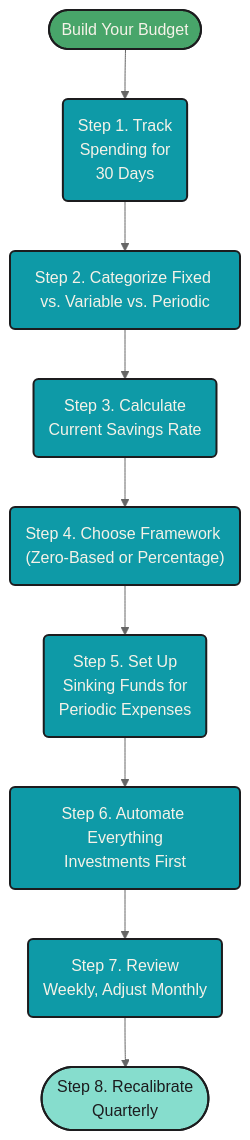
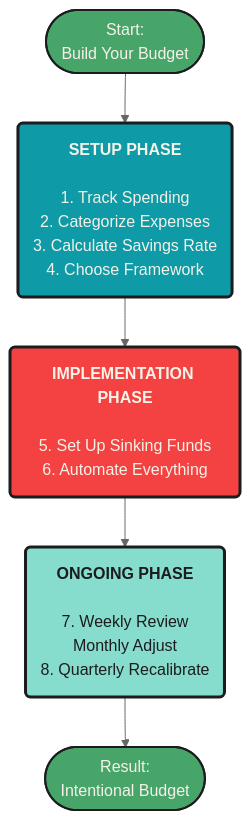
The fourth of 4 diagrams in budgeting.qmd (mjfrigaard/fm-finance), drawn with Mermaid before and after one commit. The commit also changed other lines of this file and 4 other files, not shown here.

````diff
--- a/budgeting.qmd
+++ b/budgeting.qmd
@@ -758,24 +780,20 @@
 ```{mermaid}
-%%| fig-cap: 'Put It All Together'
+%%| fig-cap: 'Build Your Budget: Three Phases'
 %%| fig-align: center
-%%{init: {'theme': 'neutral', 'themeVariables': { 'fontFamily': 'monospace', "fontSize":"16px"}}}%%
+%%{init: {'theme': 'neutral', 'themeVariables': { 'fontFamily': 'monospace', "fontSize":"16px", 'primaryColor':'#0e9aa7', 'primaryBorderColor':'#1C1C1E', 'secondBkgColor':'#f44242', 'tertiaryColor':'#48a56a'}}}%%
 
 flowchart TD
-    Start(["Build Your Budget"]) --> Step1("Step 1. Track<br>Spending for<br>30 Days")
-    Step1 --> Step2("Step 2. Categorize Fixed vs. Variable vs. Periodic")
-    Step2 --> Step3("Step 3. Calculate<br>Current Savings Rate")
-    Step3 --> Step4("Step 4. Choose Framework (Zero-Based or Percentage)")
-    Step4 --> Step5("Step 5. Set Up<br>Sinking Funds for<br>Periodic Expenses")
-    Step5 --> Step6("Step 6. Automate Everything<br>Investments First")
-    Step6 --> Step7("Step 7. Review<br>Weekly, Adjust Monthly")
-    Step7 --> Step8(["Step 8. Recalibrate<br>Quarterly"])
+    Start(["Start:<br>Build Your Budget"]) --> S1("<b>SETUP PHASE</b><br><br>1. Track Spending<br>2. Categorize Expenses<br>3. Calculate Savings Rate<br>4. Choose Framework")
+
+    S1 --> I1("<b>IMPLEMENTATION PHASE</b><br><br>5. Set Up Sinking Funds<br>6. Automate Everything")
+
+    I1 --> O1("<b>ONGOING PHASE</b><br><br>7. Weekly Review<br>Monthly Adjust<br>8. Quarterly Recalibrate")
+
+    O1 --> End(["Result:<br>Intentional Budget"])
+
     style Start fill:#48a56a,color:#F5F2E8,stroke:#1C1C1E,stroke-width:2px
-    style Step1 fill:#0e9aa7,color:#F5F2E8,stroke:#1C1C1E,stroke-width:2px
-    style Step2 fill:#0e9aa7,color:#F5F2E8,stroke:#1C1C1E,stroke-width:2px
-    style Step3 fill:#0e9aa7,color:#F5F2E8,stroke:#1C1C1E,stroke-width:2px
-    style Step4 fill:#0e9aa7,color:#F5F2E8,stroke:#1C1C1E,stroke-width:2px
-    style Step5 fill:#0e9aa7,color:#F5F2E8,stroke:#1C1C1E,stroke-width:2px
-    style Step6 fill:#0e9aa7,color:#F5F2E8,stroke:#1C1C1E,stroke-width:2px
-    style Step7 fill:#0e9aa7,color:#F5F2E8,stroke:#1C1C1E,stroke-width:2px
-    style Step8 fill:#86ddcd,color:#1C1C1E,stroke:#1C1C1E,stroke-width:2px
+    style S1 fill:#0e9aa7,color:#F5F2E8,stroke:#1C1C1E,stroke-width:3px
+    style I1 fill:#f44242,color:#F5F2E8,stroke:#1C1C1E,stroke-width:3px
+    style O1 fill:#86ddcd,color:#1C1C1E,stroke:#1C1C1E,stroke-width:3px
+    style End fill:#48a56a,color:#F5F2E8,stroke:#1C1C1E,stroke-width:2px
 ```
````
